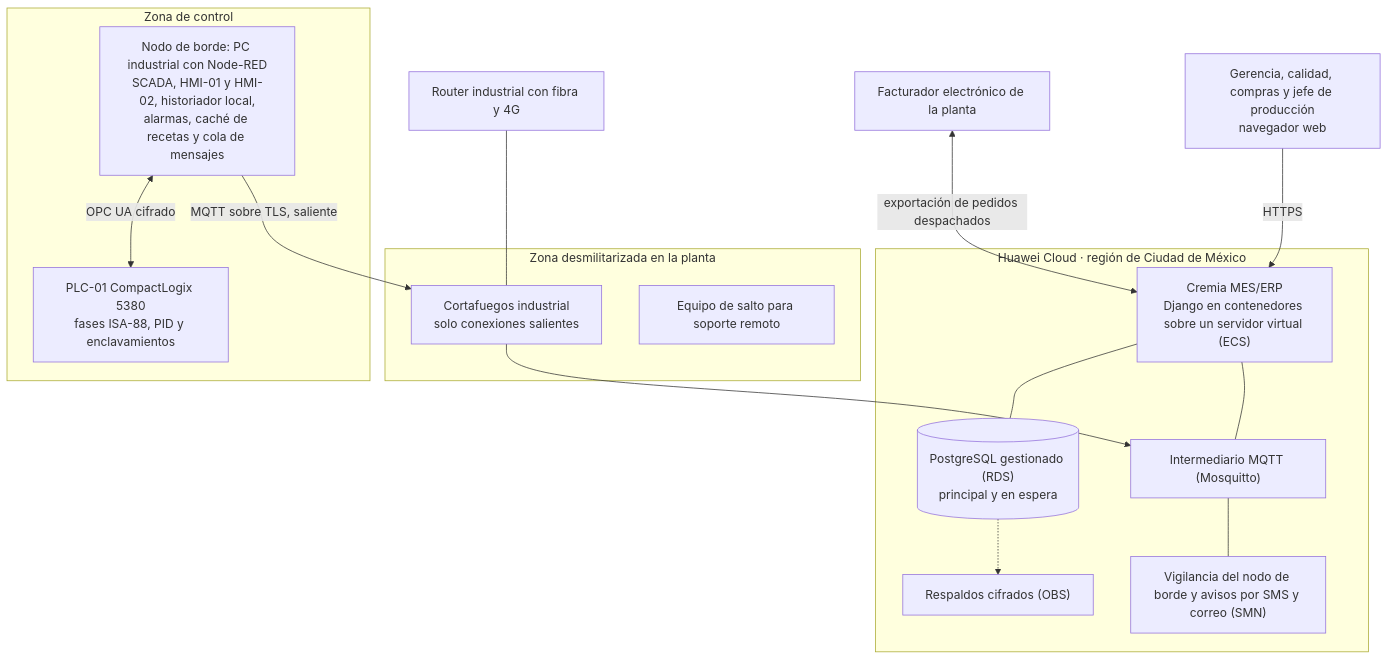
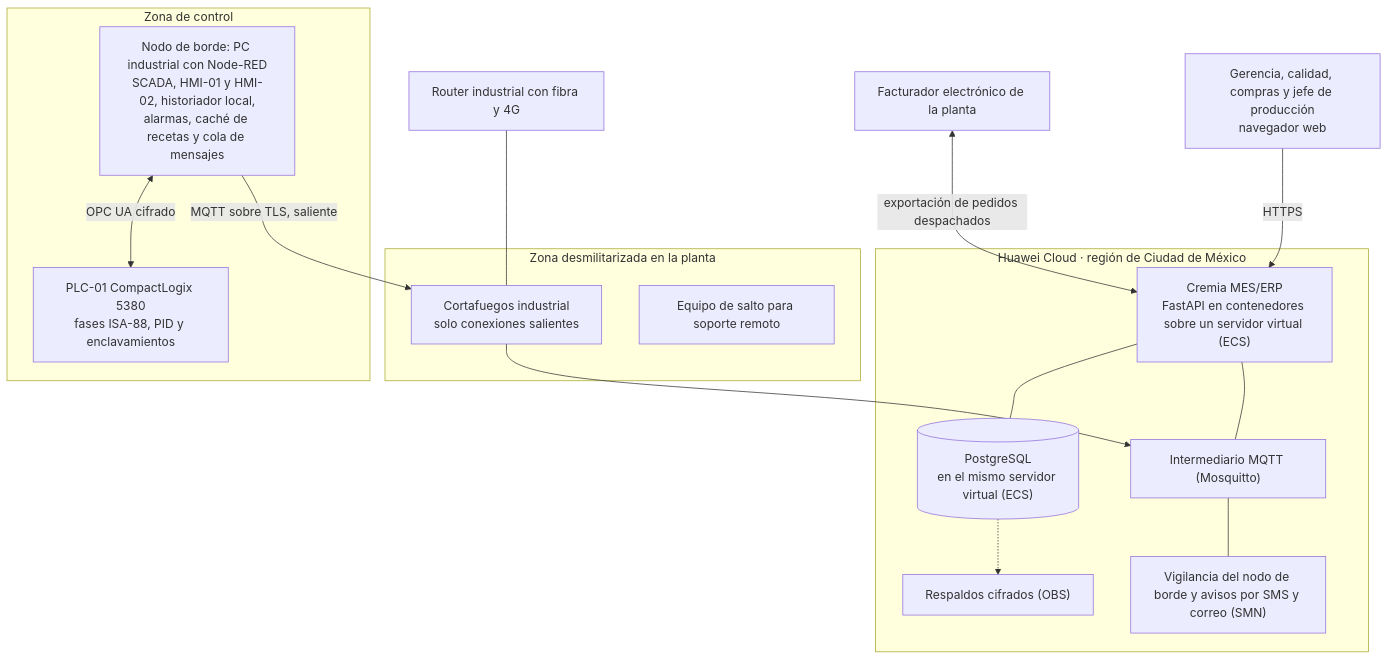
One commit to dcortesav/Cremia-Automations changed the diagram in 1-transformacion-digital-industrial/Plataforma_MES_ERP_y_SCADA.md. Above: the diagram before and after it, drawn with Mermaid. The commit also changed other lines of this file and 12 other files, not shown here.

Commit message:
Fase 1: FastAPI, PostgreSQL en ECS sin RDS, Siemens NX MCD y justificación R-501

````diff
--- a/1-transformacion-digital-industrial/Plataforma_MES_ERP_y_SCADA.md
+++ b/1-transformacion-digital-industrial/Plataforma_MES_ERP_y_SCADA.md
@@ -35,27 +35,27 @@
 ```mermaid
 flowchart TB
     subgraph NUBE["Huawei Cloud · región de Ciudad de México"]
-        APP["Cremia MES/ERP<br/>Django en contenedores sobre un servidor virtual (ECS)"]
-        DB[("PostgreSQL gestionado (RDS)<br/>principal y en espera")]
+        APP["Cremia MES/ERP<br/>FastAPI en contenedores sobre un servidor virtual (ECS)"]
+        DB[("PostgreSQL<br/>en el mismo servidor virtual (ECS)")]
         MQ["Intermediario MQTT (Mosquitto)"]
         OBS["Respaldos cifrados (OBS)"]
         VIG["Vigilancia del nodo de borde y avisos por SMS y correo (SMN)"]
         APP --- DB
         APP --- MQ
         DB -.-> OBS
         MQ --- VIG
     end
     subgraph DMZ["Zona desmilitarizada en la planta"]
         FW["Cortafuegos industrial<br/>solo conexiones salientes"]
         JH["Equipo de salto para soporte remoto"]
     end
     subgraph OT["Zona de control"]
         NR["Nodo de borde: PC industrial con Node-RED<br/>SCADA, HMI-01 y HMI-02, historiador local,<br/>alarmas, caché de recetas y cola de mensajes"]
         PLC["PLC-01 CompactLogix 5380<br/>fases ISA-88, PID y enclavamientos"]
         NR <-->|OPC UA cifrado| PLC
     end
     NR -->|MQTT sobre TLS, saliente| FW --> MQ
     R4G["Router industrial con fibra y 4G"] --- FW
     FAC["Facturador electrónico de la planta"] <-->|exportación de pedidos despachados| APP
     USR["Gerencia, calidad, compras y jefe de producción<br/>navegador web"] -->|HTTPS| APP
 ```
````
